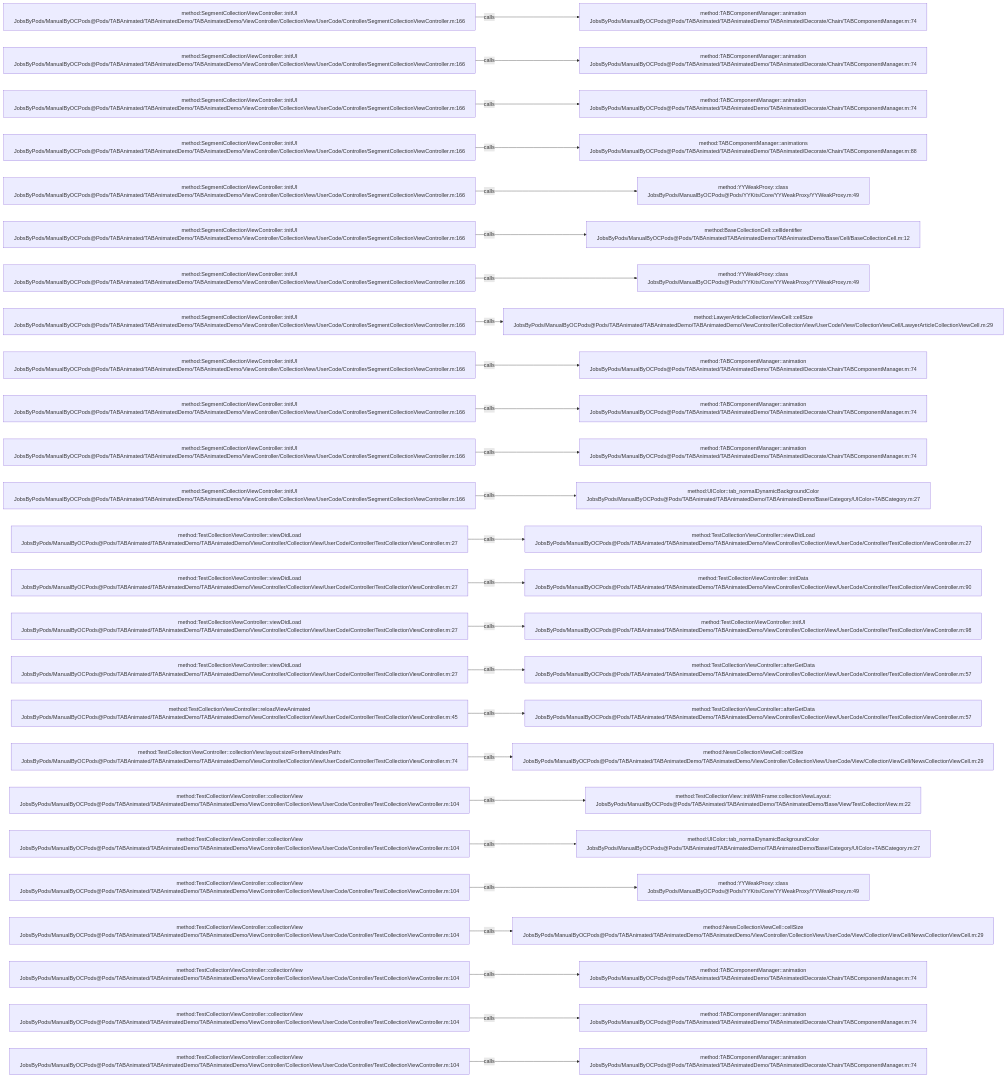
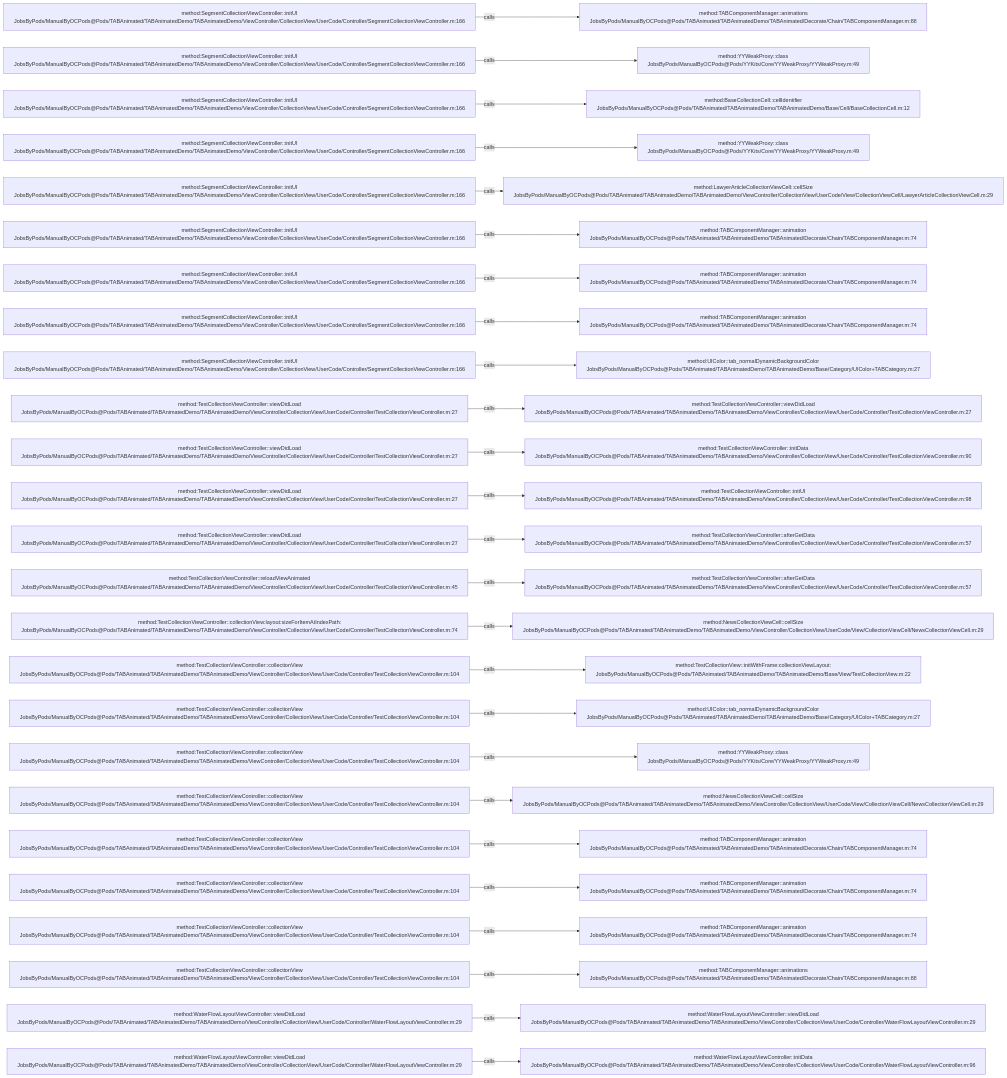
One commit to JobsKits/JobsOCBaseConfigDemo changed the diagram in .codegraph/codegraph.md/graphs/calls-054.md. Above: the diagram before and after it, drawn with Mermaid. The commit also changed 342 other files, not shown here.

````diff
--- a/.codegraph/codegraph.md/graphs/calls-054.md
+++ b/.codegraph/codegraph.md/graphs/calls-054.md
@@ -13,78 +13,78 @@
 ```mermaid
 flowchart LR
   S1["method:SegmentCollectionViewController::initUI<br/>JobsByPods/ManualByOCPods@Pods/TABAnimated/TABAnimatedDemo/TABAnimatedDemo/ViewController/CollectionView/UserCode/Controller/SegmentCollectionViewController.m:166"]
-  T1["method:TABComponentManager::animation<br/>JobsByPods/ManualByOCPods@Pods/TABAnimated/TABAnimatedDemo/TABAnimated/Decorate/Chain/TABComponentManager.m:74"]
+  T1["method:TABComponentManager::animations<br/>JobsByPods/ManualByOCPods@Pods/TABAnimated/TABAnimatedDemo/TABAnimated/Decorate/Chain/TABComponentManager.m:88"]
   S1 -->|calls| T1
   S2["method:SegmentCollectionViewController::initUI<br/>JobsByPods/ManualByOCPods@Pods/TABAnimated/TABAnimatedDemo/TABAnimatedDemo/ViewController/CollectionView/UserCode/Controller/SegmentCollectionViewController.m:166"]
-  T2["method:TABComponentManager::animation<br/>JobsByPods/ManualByOCPods@Pods/TABAnimated/TABAnimatedDemo/TABAnimated/Decorate/Chain/TABComponentManager.m:74"]
+  T2["method:YYWeakProxy::class<br/>JobsByPods/ManualByOCPods@Pods/YYKits/Core/YYWeakProxy/YYWeakProxy.m:49"]
   S2 -->|calls| T2
   S3["method:SegmentCollectionViewController::initUI<br/>JobsByPods/ManualByOCPods@Pods/TABAnimated/TABAnimatedDemo/TABAnimatedDemo/ViewController/CollectionView/UserCode/Controller/SegmentCollectionViewController.m:166"]
-  T3["method:TABComponentManager::animation<br/>JobsByPods/ManualByOCPods@Pods/TABAnimated/TABAnimatedDemo/TABAnimated/Decorate/Chain/TABComponentManager.m:74"]
+  T3["method:BaseCollectionCell::cellIdentifier<br/>JobsByPods/ManualByOCPods@Pods/TABAnimated/TABAnimatedDemo/TABAnimatedDemo/Base/Cell/BaseCollectionCell.m:12"]
   S3 -->|calls| T3
   S4["method:SegmentCollectionViewController::initUI<br/>JobsByPods/ManualByOCPods@Pods/TABAnimated/TABAnimatedDemo/TABAnimatedDemo/ViewController/CollectionView/UserCode/Controller/SegmentCollectionViewController.m:166"]
-  T4["method:TABComponentManager::animations<br/>JobsByPods/ManualByOCPods@Pods/TABAnimated/TABAnimatedDemo/TABAnimated/Decorate/Chain/TABComponentManager.m:88"]
+  T4["method:YYWeakProxy::class<br/>JobsByPods/ManualByOCPods@Pods/YYKits/Core/YYWeakProxy/YYWeakProxy.m:49"]
   S4 -->|calls| T4
   S5["method:SegmentCollectionViewController::initUI<br/>JobsByPods/ManualByOCPods@Pods/TABAnimated/TABAnimatedDemo/TABAnimatedDemo/ViewController/CollectionView/UserCode/Controller/SegmentCollectionViewController.m:166"]
-  T5["method:YYWeakProxy::class<br/>JobsByPods/ManualByOCPods@Pods/YYKits/Core/YYWeakProxy/YYWeakProxy.m:49"]
+  T5["method:LawyerArticleCollectionViewCell::cellSize<br/>JobsByPods/ManualByOCPods@Pods/TABAnimated/TABAnimatedDemo/TABAnimatedDemo/ViewController/CollectionView/UserCode/View/CollectionViewCell/LawyerArticleCollectionViewCell.m:29"]
   S5 -->|calls| T5
   S6["method:SegmentCollectionViewController::initUI<br/>JobsByPods/ManualByOCPods@Pods/TABAnimated/TABAnimatedDemo/TABAnimatedDemo/ViewController/CollectionView/UserCode/Controller/SegmentCollectionViewController.m:166"]
-  T6["method:BaseCollectionCell::cellIdentifier<br/>JobsByPods/ManualByOCPods@Pods/TABAnimated/TABAnimatedDemo/TABAnimatedDemo/Base/Cell/BaseCollectionCell.m:12"]
+  T6["method:TABComponentManager::animation<br/>JobsByPods/ManualByOCPods@Pods/TABAnimated/TABAnimatedDemo/TABAnimated/Decorate/Chain/TABComponentManager.m:74"]
   S6 -->|calls| T6
   S7["method:SegmentCollectionViewController::initUI<br/>JobsByPods/ManualByOCPods@Pods/TABAnimated/TABAnimatedDemo/TABAnimatedDemo/ViewController/CollectionView/UserCode/Controller/SegmentCollectionViewController.m:166"]
-  T7["method:YYWeakProxy::class<br/>JobsByPods/ManualByOCPods@Pods/YYKits/Core/YYWeakProxy/YYWeakProxy.m:49"]
+  T7["method:TABComponentManager::animation<br/>JobsByPods/ManualByOCPods@Pods/TABAnimated/TABAnimatedDemo/TABAnimated/Decorate/Chain/TABComponentManager.m:74"]
   S7 -->|calls| T7
   S8["method:SegmentCollectionViewController::initUI<br/>JobsByPods/ManualByOCPods@Pods/TABAnimated/TABAnimatedDemo/TABAnimatedDemo/ViewController/CollectionView/UserCode/Controller/SegmentCollectionViewController.m:166"]
-  T8["method:LawyerArticleCollectionViewCell::cellSize<br/>JobsByPods/ManualByOCPods@Pods/TABAnimated/TABAnimatedDemo/TABAnimatedDemo/ViewController/CollectionView/UserCode/View/CollectionViewCell/LawyerArticleCollectionViewCell.m:29"]
+  T8["method:TABComponentManager::animation<br/>JobsByPods/ManualByOCPods@Pods/TABAnimated/TABAnimatedDemo/TABAnimated/Decorate/Chain/TABComponentManager.m:74"]
   S8 -->|calls| T8
   S9["method:SegmentCollectionViewController::initUI<br/>JobsByPods/ManualByOCPods@Pods/TABAnimated/TABAnimatedDemo/TABAnimatedDemo/ViewController/CollectionView/UserCode/Controller/SegmentCollectionViewController.m:166"]
-  T9["method:TABComponentManager::animation<br/>JobsByPods/ManualByOCPods@Pods/TABAnimated/TABAnimatedDemo/TABAnimated/Decorate/Chain/TABComponentManager.m:74"]
+  T9["method:UIColor::tab_normalDynamicBackgroundColor<br/>JobsByPods/ManualByOCPods@Pods/TABAnimated/TABAnimatedDemo/TABAnimatedDemo/Base/Category/UIColor+TABCategory.m:27"]
   S9 -->|calls| T9
-  S10["method:SegmentCollectionViewController::initUI<br/>JobsByPods/ManualByOCPods@Pods/TABAnimated/TABAnimatedDemo/TABAnimatedDemo/ViewController/CollectionView/UserCode/Controller/SegmentCollectionViewController.m:166"]
-  T10["method:TABComponentManager::animation<br/>JobsByPods/ManualByOCPods@Pods/TABAnimated/TABAnimatedDemo/TABAnimated/Decorate/Chain/TABComponentManager.m:74"]
+  S10["method:TestCollectionViewController::viewDidLoad<br/>JobsByPods/ManualByOCPods@Pods/TABAnimated/TABAnimatedDemo/TABAnimatedDemo/ViewController/CollectionView/UserCode/Controller/TestCollectionViewController.m:27"]
+  T10["method:TestCollectionViewController::viewDidLoad<br/>JobsByPods/ManualByOCPods@Pods/TABAnimated/TABAnimatedDemo/TABAnimatedDemo/ViewController/CollectionView/UserCode/Controller/TestCollectionViewController.m:27"]
   S10 -->|calls| T10
-  S11["method:SegmentCollectionViewController::initUI<br/>JobsByPods/ManualByOCPods@Pods/TABAnimated/TABAnimatedDemo/TABAnimatedDemo/ViewController/CollectionView/UserCode/Controller/SegmentCollectionViewController.m:166"]
-  T11["method:TABComponentManager::animation<br/>JobsByPods/ManualByOCPods@Pods/TABAnimated/TABAnimatedDemo/TABAnimated/Decorate/Chain/TABComponentManager.m:74"]
+  S11["method:TestCollectionViewController::viewDidLoad<br/>JobsByPods/ManualByOCPods@Pods/TABAnimated/TABAnimatedDemo/TABAnimatedDemo/ViewController/CollectionView/UserCode/Controller/TestCollectionViewController.m:27"]
+  T11["method:TestCollectionViewController::initData<br/>JobsByPods/ManualByOCPods@Pods/TABAnimated/TABAnimatedDemo/TABAnimatedDemo/ViewController/CollectionView/UserCode/Controller/TestCollectionViewController.m:90"]
   S11 -->|calls| T11
-  S12["method:SegmentCollectionViewController::initUI<br/>JobsByPods/ManualByOCPods@Pods/TABAnimated/TABAnimatedDemo/TABAnimatedDemo/ViewController/CollectionView/UserCode/Controller/SegmentCollectionViewController.m:166"]
-  T12["method:UIColor::tab_normalDynamicBackgroundColor<br/>JobsByPods/ManualByOCPods@Pods/TABAnimated/TABAnimatedDemo/TABAnimatedDemo/Base/Category/UIColor+TABCategory.m:27"]
+  S12["method:TestCollectionViewController::viewDidLoad<br/>JobsByPods/ManualByOCPods@Pods/TABAnimated/TABAnimatedDemo/TABAnimatedDemo/ViewController/CollectionView/UserCode/Controller/TestCollectionViewController.m:27"]
+  T12["method:TestCollectionViewController::initUI<br/>JobsByPods/ManualByOCPods@Pods/TABAnimated/TABAnimatedDemo/TABAnimatedDemo/ViewController/CollectionView/UserCode/Controller/TestCollectionViewController.m:98"]
   S12 -->|calls| T12
   S13["method:TestCollectionViewController::viewDidLoad<br/>JobsByPods/ManualByOCPods@Pods/TABAnimated/TABAnimatedDemo/TABAnimatedDemo/ViewController/CollectionView/UserCode/Controller/TestCollectionViewController.m:27"]
-  T13["method:TestCollectionViewController::viewDidLoad<br/>JobsByPods/ManualByOCPods@Pods/TABAnimated/TABAnimatedDemo/TABAnimatedDemo/ViewController/CollectionView/UserCode/Controller/TestCollectionViewController.m:27"]
+  T13["method:TestCollectionViewController::afterGetData<br/>JobsByPods/ManualByOCPods@Pods/TABAnimated/TABAnimatedDemo/TABAnimatedDemo/ViewController/CollectionView/UserCode/Controller/TestCollectionViewController.m:57"]
   S13 -->|calls| T13
-  S14["method:TestCollectionViewController::viewDidLoad<br/>JobsByPods/ManualByOCPods@Pods/TABAnimated/TABAnimatedDemo/TABAnimatedDemo/ViewController/CollectionView/UserCode/Controller/TestCollectionViewController.m:27"]
-  T14["method:TestCollectionViewController::initData<br/>JobsByPods/ManualByOCPods@Pods/TABAnimated/TABAnimatedDemo/TABAnimatedDemo/ViewController/CollectionView/UserCode/Controller/TestCollectionViewController.m:90"]
+  S14["method:TestCollectionViewController::reloadViewAnimated<br/>JobsByPods/ManualByOCPods@Pods/TABAnimated/TABAnimatedDemo/TABAnimatedDemo/ViewController/CollectionView/UserCode/Controller/TestCollectionViewController.m:45"]
+  T14["method:TestCollectionViewController::afterGetData<br/>JobsByPods/ManualByOCPods@Pods/TABAnimated/TABAnimatedDemo/TABAnimatedDemo/ViewController/CollectionView/UserCode/Controller/TestCollectionViewController.m:57"]
   S14 -->|calls| T14
-  S15["method:TestCollectionViewController::viewDidLoad<br/>JobsByPods/ManualByOCPods@Pods/TABAnimated/TABAnimatedDemo/TABAnimatedDemo/ViewController/CollectionView/UserCode/Controller/TestCollectionViewController.m:27"]
-  T15["method:TestCollectionViewController::initUI<br/>JobsByPods/ManualByOCPods@Pods/TABAnimated/TABAnimatedDemo/TABAnimatedDemo/ViewController/CollectionView/UserCode/Controller/TestCollectionViewController.m:98"]
+  S15["method:TestCollectionViewController::collectionView:layout:sizeForItemAtIndexPath:<br/>JobsByPods/ManualByOCPods@Pods/TABAnimated/TABAnimatedDemo/TABAnimatedDemo/ViewController/CollectionView/UserCode/Controller/TestCollectionViewController.m:74"]
+  T15["method:NewsCollectionViewCell::cellSize<br/>JobsByPods/ManualByOCPods@Pods/TABAnimated/TABAnimatedDemo/TABAnimatedDemo/ViewController/CollectionView/UserCode/View/CollectionViewCell/NewsCollectionViewCell.m:29"]
   S15 -->|calls| T15
-  S16["method:TestCollectionViewController::viewDidLoad<br/>JobsByPods/ManualByOCPods@Pods/TABAnimated/TABAnimatedDemo/TABAnimatedDemo/ViewController/CollectionView/UserCode/Controller/TestCollectionViewController.m:27"]
-  T16["method:TestCollectionViewController::afterGetData<br/>JobsByPods/ManualByOCPods@Pods/TABAnimated/TABAnimatedDemo/TABAnimatedDemo/ViewController/CollectionView/UserCode/Controller/TestCollectionViewController.m:57"]
+  S16["method:TestCollectionViewController::collectionView<br/>JobsByPods/ManualByOCPods@Pods/TABAnimated/TABAnimatedDemo/TABAnimatedDemo/ViewController/CollectionView/UserCode/Controller/TestCollectionViewController.m:104"]
+  T16["method:TestCollectionView::initWithFrame:collectionViewLayout:<br/>JobsByPods/ManualByOCPods@Pods/TABAnimated/TABAnimatedDemo/TABAnimatedDemo/Base/View/TestCollectionView.m:22"]
   S16 -->|calls| T16
-  S17["method:TestCollectionViewController::reloadViewAnimated<br/>JobsByPods/ManualByOCPods@Pods/TABAnimated/TABAnimatedDemo/TABAnimatedDemo/ViewController/CollectionView/UserCode/Controller/TestCollectionViewController.m:45"]
-  T17["method:TestCollectionViewController::afterGetData<br/>JobsByPods/ManualByOCPods@Pods/TABAnimated/TABAnimatedDemo/TABAnimatedDemo/ViewController/CollectionView/UserCode/Controller/TestCollectionViewController.m:57"]
+  S17["method:TestCollectionViewController::collectionView<br/>JobsByPods/ManualByOCPods@Pods/TABAnimated/TABAnimatedDemo/TABAnimatedDemo/ViewController/CollectionView/UserCode/Controller/TestCollectionViewController.m:104"]
+  T17["method:UIColor::tab_normalDynamicBackgroundColor<br/>JobsByPods/ManualByOCPods@Pods/TABAnimated/TABAnimatedDemo/TABAnimatedDemo/Base/Category/UIColor+TABCategory.m:27"]
   S17 -->|calls| T17
-  S18["method:TestCollectionViewController::collectionView:layout:sizeForItemAtIndexPath:<br/>JobsByPods/ManualByOCPods@Pods/TABAnimated/TABAnimatedDemo/TABAnimatedDemo/ViewController/CollectionView/UserCode/Controller/TestCollectionViewController.m:74"]
-  T18["method:NewsCollectionViewCell::cellSize<br/>JobsByPods/ManualByOCPods@Pods/TABAnimated/TABAnimatedDemo/TABAnimatedDemo/ViewController/CollectionView/UserCode/View/CollectionViewCell/NewsCollectionViewCell.m:29"]
+  S18["method:TestCollectionViewController::collectionView<br/>JobsByPods/ManualByOCPods@Pods/TABAnimated/TABAnimatedDemo/TABAnimatedDemo/ViewController/CollectionView/UserCode/Controller/TestCollectionViewController.m:104"]
+  T18["method:YYWeakProxy::class<br/>JobsByPods/ManualByOCPods@Pods/YYKits/Core/YYWeakProxy/YYWeakProxy.m:49"]
   S18 -->|calls| T18
   S19["method:TestCollectionViewController::collectionView<br/>JobsByPods/ManualByOCPods@Pods/TABAnimated/TABAnimatedDemo/TABAnimatedDemo/ViewController/CollectionView/UserCode/Controller/TestCollectionViewController.m:104"]
-  T19["method:TestCollectionView::initWithFrame:collectionViewLayout:<br/>JobsByPods/ManualByOCPods@Pods/TABAnimated/TABAnimatedDemo/TABAnimatedDemo/Base/View/TestCollectionView.m:22"]
+  T19["method:NewsCollectionViewCell::cellSize<br/>JobsByPods/ManualByOCPods@Pods/TABAnimated/TABAnimatedDemo/TABAnimatedDemo/ViewController/CollectionView/UserCode/View/CollectionViewCell/NewsCollectionViewCell.m:29"]
   S19 -->|calls| T19
   S20["method:TestCollectionViewController::collectionView<br/>JobsByPods/ManualByOCPods@Pods/TABAnimated/TABAnimatedDemo/TABAnimatedDemo/ViewController/CollectionView/UserCode/Controller/TestCollectionViewController.m:104"]
-  T20["method:UIColor::tab_normalDynamicBackgroundColor<br/>JobsByPods/ManualByOCPods@Pods/TABAnimated/TABAnimatedDemo/TABAnimatedDemo/Base/Category/UIColor+TABCategory.m:27"]
+  T20["method:TABComponentManager::animation<br/>JobsByPods/ManualByOCPods@Pods/TABAnimated/TABAnimatedDemo/TABAnimated/Decorate/Chain/TABComponentManager.m:74"]
   S20 -->|calls| T20
   S21["method:TestCollectionViewController::collectionView<br/>JobsByPods/ManualByOCPods@Pods/TABAnimated/TABAnimatedDemo/TABAnimatedDemo/ViewController/CollectionView/UserCode/Controller/TestCollectionViewController.m:104"]
-  T21["method:YYWeakProxy::class<br/>JobsByPods/ManualByOCPods@Pods/YYKits/Core/YYWeakProxy/YYWeakProxy.m:49"]
+  T21["method:TABComponentManager::animation<br/>JobsByPods/ManualByOCPods@Pods/TABAnimated/TABAnimatedDemo/TABAnimated/Decorate/Chain/TABComponentManager.m:74"]
   S21 -->|calls| T21
   S22["method:TestCollectionViewController::collectionView<br/>JobsByPods/ManualByOCPods@Pods/TABAnimated/TABAnimatedDemo/TABAnimatedDemo/ViewController/CollectionView/UserCode/Controller/TestCollectionViewController.m:104"]
-  T22["method:NewsCollectionViewCell::cellSize<br/>JobsByPods/ManualByOCPods@Pods/TABAnimated/TABAnimatedDemo/TABAnimatedDemo/ViewController/CollectionView/UserCode/View/CollectionViewCell/NewsCollectionViewCell.m:29"]
+  T22["method:TABComponentManager::animation<br/>JobsByPods/ManualByOCPods@Pods/TABAnimated/TABAnimatedDemo/TABAnimated/Decorate/Chain/TABComponentManager.m:74"]
   S22 -->|calls| T22
   S23["method:TestCollectionViewController::collectionView<br/>JobsByPods/ManualByOCPods@Pods/TABAnimated/TABAnimatedDemo/TABAnimatedDemo/ViewController/CollectionView/UserCode/Controller/TestCollectionViewController.m:104"]
-  T23["method:TABComponentManager::animation<br/>JobsByPods/ManualByOCPods@Pods/TABAnimated/TABAnimatedDemo/TABAnimated/Decorate/Chain/TABComponentManager.m:74"]
+  T23["method:TABComponentManager::animations<br/>JobsByPods/ManualByOCPods@Pods/TABAnimated/TABAnimatedDemo/TABAnimated/Decorate/Chain/TABComponentManager.m:88"]
   S23 -->|calls| T23
-  S24["method:TestCollectionViewController::collectionView<br/>JobsByPods/ManualByOCPods@Pods/TABAnimated/TABAnimatedDemo/TABAnimatedDemo/ViewController/CollectionView/UserCode/Controller/TestCollectionViewController.m:104"]
-  T24["method:TABComponentManager::animation<br/>JobsByPods/ManualByOCPods@Pods/TABAnimated/TABAnimatedDemo/TABAnimated/Decorate/Chain/TABComponentManager.m:74"]
+  S24["method:WaterFlowLayoutViewController::viewDidLoad<br/>JobsByPods/ManualByOCPods@Pods/TABAnimated/TABAnimatedDemo/TABAnimatedDemo/ViewController/CollectionView/UserCode/Controller/WaterFlowLayoutViewController.m:29"]
+  T24["method:WaterFlowLayoutViewController::viewDidLoad<br/>JobsByPods/ManualByOCPods@Pods/TABAnimated/TABAnimatedDemo/TABAnimatedDemo/ViewController/CollectionView/UserCode/Controller/WaterFlowLayoutViewController.m:29"]
   S24 -->|calls| T24
-  S25["method:TestCollectionViewController::collectionView<br/>JobsByPods/ManualByOCPods@Pods/TABAnimated/TABAnimatedDemo/TABAnimatedDemo/ViewController/CollectionView/UserCode/Controller/TestCollectionViewController.m:104"]
-  T25["method:TABComponentManager::animation<br/>JobsByPods/ManualByOCPods@Pods/TABAnimated/TABAnimatedDemo/TABAnimated/Decorate/Chain/TABComponentManager.m:74"]
+  S25["method:WaterFlowLayoutViewController::viewDidLoad<br/>JobsByPods/ManualByOCPods@Pods/TABAnimated/TABAnimatedDemo/TABAnimatedDemo/ViewController/CollectionView/UserCode/Controller/WaterFlowLayoutViewController.m:29"]
+  T25["method:WaterFlowLayoutViewController::initData<br/>JobsByPods/ManualByOCPods@Pods/TABAnimated/TABAnimatedDemo/TABAnimatedDemo/ViewController/CollectionView/UserCode/Controller/WaterFlowLayoutViewController.m:96"]
   S25 -->|calls| T25
 ```
````
